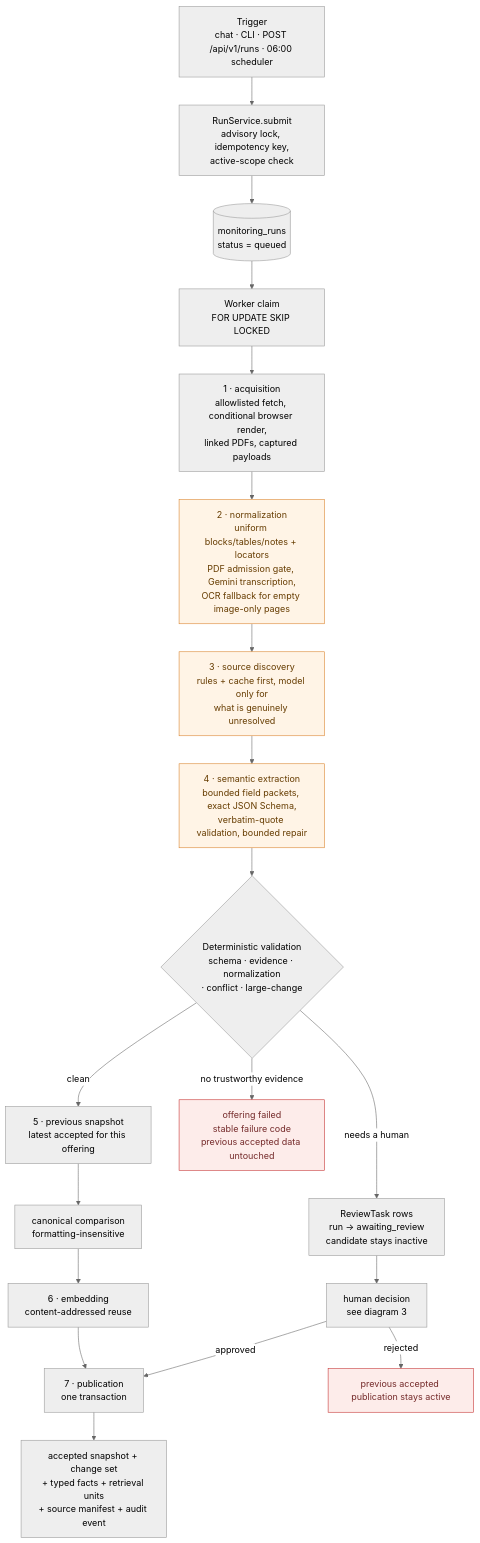
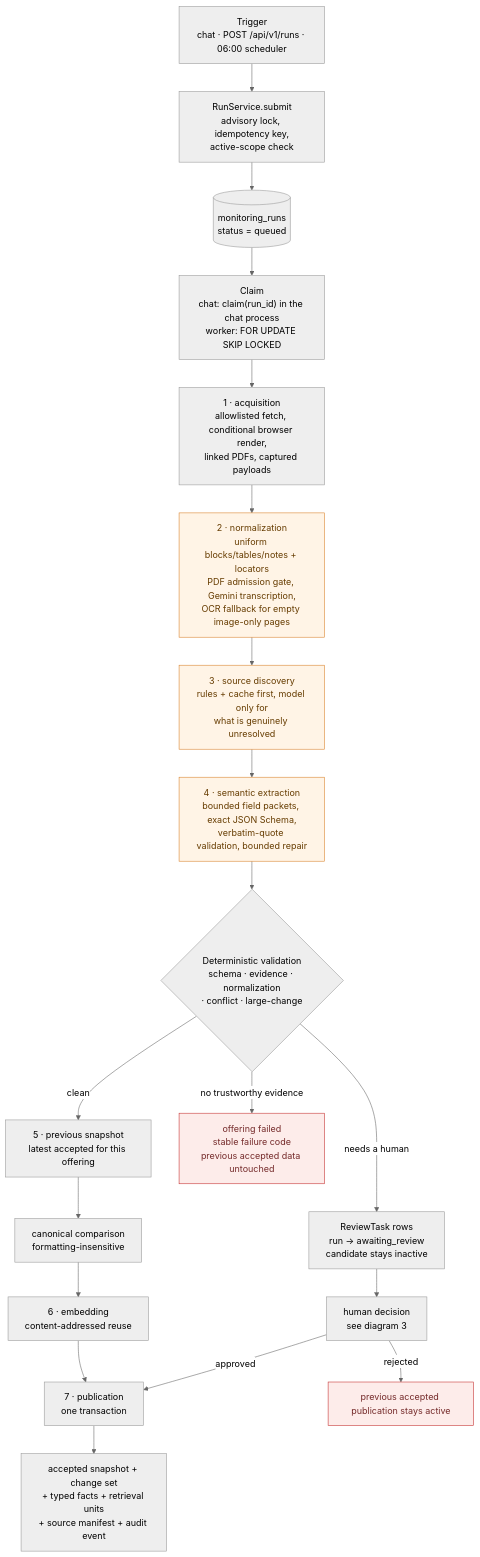
One commit to celineFar/bank-tariff-monitoring-agent changed the second of 4 diagrams in docs/architecture-diagram.md. Above: the diagram before and after it, drawn with Mermaid (neutral theme). The commit also changed other lines of this file and 37 other files, not shown here.

````diff
--- a/docs/architecture-diagram.md
+++ b/docs/architecture-diagram.md
@@ -102,35 +108,35 @@
 ```mermaid
 flowchart TD
-    TRIG["Trigger<br/>chat · CLI · POST /api/v1/runs · 06:00 scheduler"]
+    TRIG["Trigger<br/>chat · POST /api/v1/runs · 06:00 scheduler"]
     SUBMIT["RunService.submit<br/>advisory lock, idempotency key,<br/>active-scope check"]
     Q[("monitoring_runs<br/>status = queued")]
-    CLAIM["Worker claim<br/>FOR UPDATE SKIP LOCKED"]
+    CLAIM["Claim<br/>chat: claim(run_id) in the chat process<br/>worker: FOR UPDATE SKIP LOCKED"]
 
     S1["1 · acquisition<br/>allowlisted fetch, conditional browser render,<br/>linked PDFs, captured payloads"]
     S2["2 · normalization<br/>uniform blocks/tables/notes + locators<br/>PDF admission gate, Gemini transcription,<br/>OCR fallback for empty image-only pages"]
     S3["3 · source discovery<br/>rules + cache first, model only for<br/>what is genuinely unresolved"]
     S4["4 · semantic extraction<br/>bounded field packets, exact JSON Schema,<br/>verbatim-quote validation, bounded repair"]
     S5["5 · previous snapshot<br/>latest accepted for this offering"]
     S6["6 · embedding<br/>content-addressed reuse"]
     S7["7 · publication<br/>one transaction"]
     VAL{"Deterministic validation<br/>schema · evidence · normalization<br/>· conflict · large-change"}
 
     TRIG --> SUBMIT --> Q --> CLAIM --> S1
     S1 --> S2 --> S3 --> S4 --> VAL
     VAL -->|clean| S5
     VAL -->|needs a human| REV["ReviewTask rows<br/>run → awaiting_review<br/>candidate stays inactive"]
     VAL -->|no trustworthy evidence| FAIL["offering failed<br/>stable failure code<br/>previous accepted data untouched"]
 
     S5 --> DIFF["canonical comparison<br/>formatting-insensitive"]
     DIFF --> S6 --> S7
     S7 --> OUT["accepted snapshot + change set<br/>+ typed facts + retrieval units<br/>+ source manifest + audit event"]
 
     REV --> HUMAN["human decision<br/>see diagram 3"]
     HUMAN -->|approved| S7
     HUMAN -->|rejected| KEEP["previous accepted publication stays active"]
 
     classDef modelStage fill:#fff4e6,stroke:#d9822b,color:#663c00
     classDef bad fill:#fdecea,stroke:#c53030,color:#742a2a
     class S2,S3,S4 modelStage
     class FAIL,KEEP bad
 ```
````
